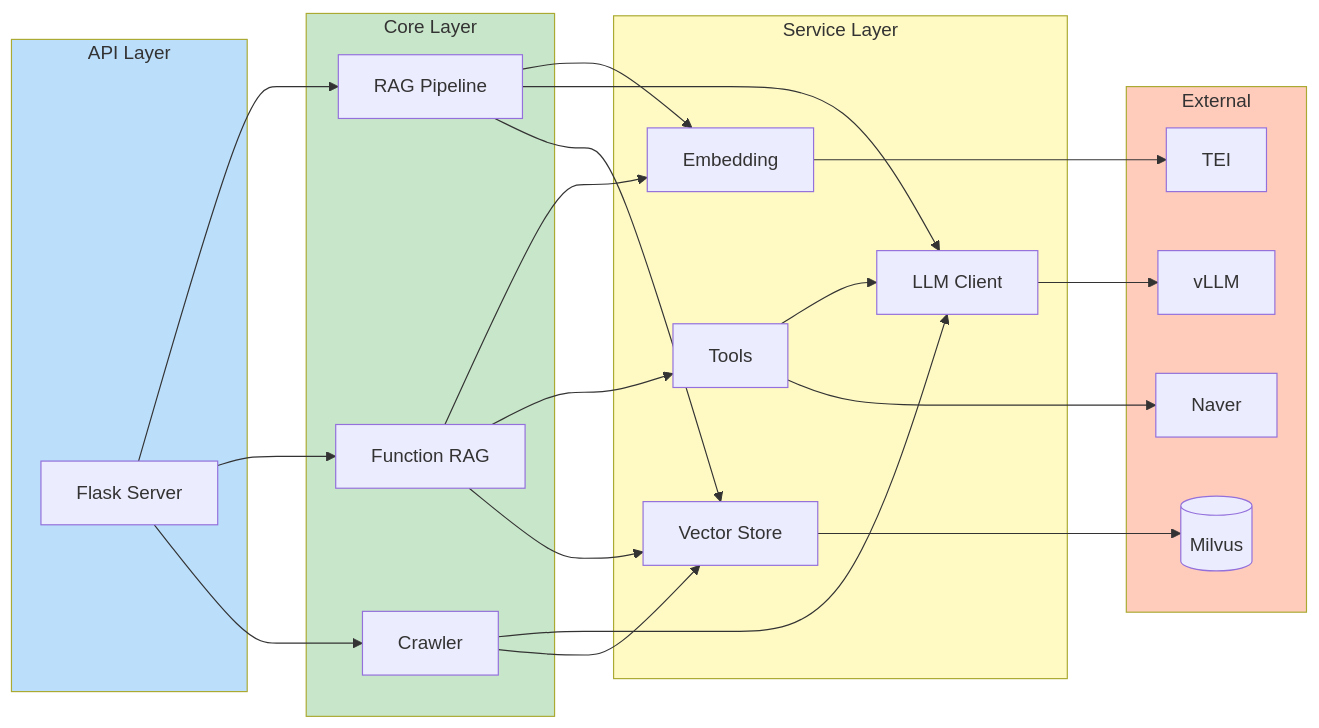
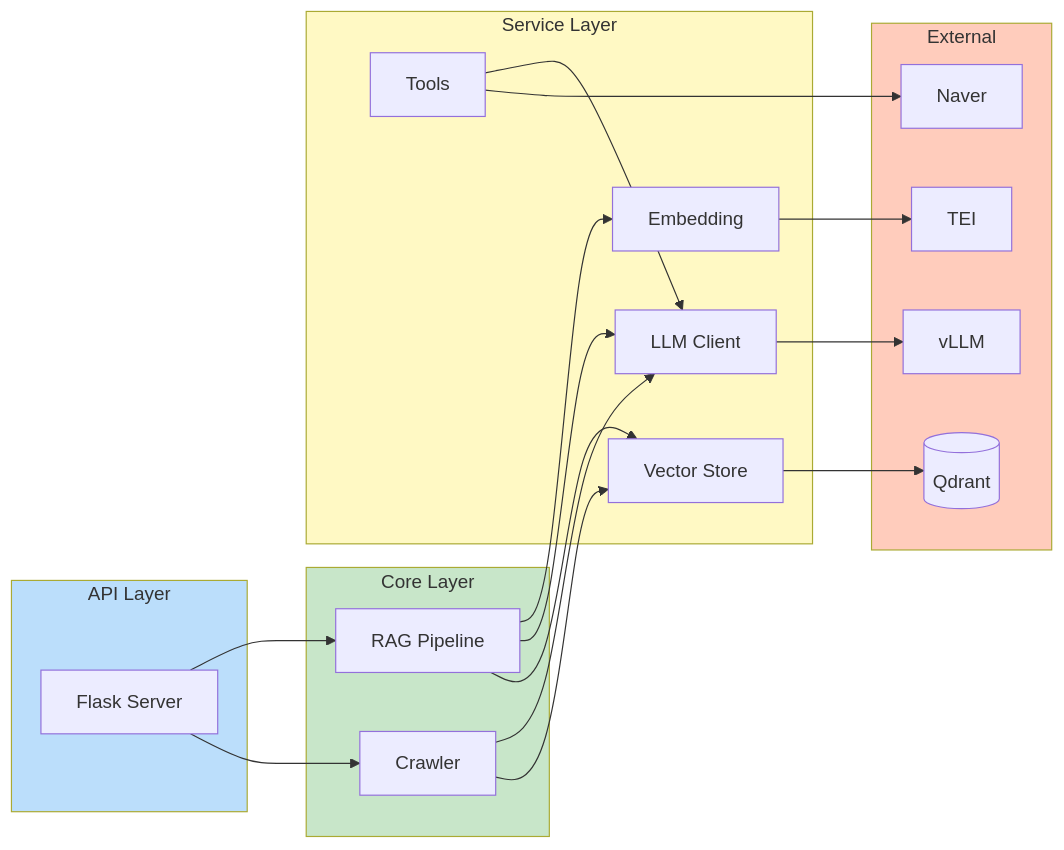
Before and after one commit to JMTdongsan/AI_router: the second of 2 diagrams in assets/diagrams/component_diagram.md, drawn with Mermaid. The commit also changed other lines of this file and 21 other files, not shown here.

Commit message:
Switch RAG storage to Qdrant

````diff
--- a/assets/diagrams/component_diagram.md
+++ b/assets/diagrams/component_diagram.md
@@ -60,53 +54,47 @@
 ```mermaid
 flowchart LR
     subgraph API["API Layer"]
         FLASK[Flask Server]
     end
 
     subgraph Core["Core Layer"]
         RAG[RAG Pipeline]
-        FUNC[Function RAG]
         CRAWL[Crawler]
     end
 
     subgraph Services["Service Layer"]
         EMB[Embedding]
         LLM[LLM Client]
         VEC[Vector Store]
         TOOL[Tools]
     end
 
     subgraph External["External"]
-        MILVUS[(Milvus)]
+        QDRANT[(Qdrant)]
         VLLM[vLLM]
         TEI[TEI]
         NAVER[Naver]
     end
 
     FLASK --> RAG
-    FLASK --> FUNC
     FLASK --> CRAWL
 
     RAG --> EMB
     RAG --> LLM
     RAG --> VEC
-
-    FUNC --> EMB
-    FUNC --> TOOL
-    FUNC --> VEC
 
     CRAWL --> LLM
     CRAWL --> VEC
 
     TOOL --> LLM
     TOOL --> NAVER
 
     EMB --> TEI
     LLM --> VLLM
-    VEC --> MILVUS
+    VEC --> QDRANT
 
     style API fill:#BBDEFB
     style Core fill:#C8E6C9
     style Services fill:#FFF9C4
     style External fill:#FFCCBC
 ```
````
